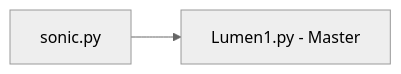
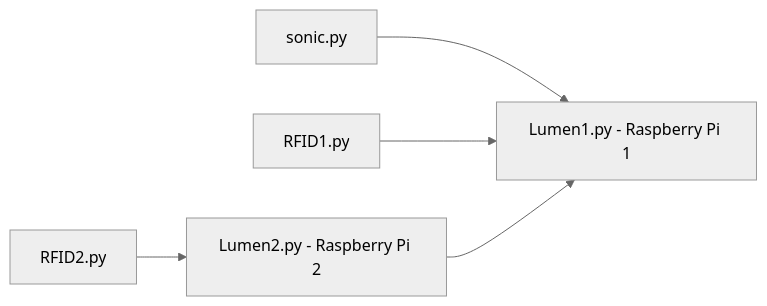
One commit to timsjt/EGL314_TEAMB changed the second of 2 diagrams in README.md. Above: the diagram before and after it, drawn with Mermaid (neutral theme). The commit also changed other lines of this file, not shown here.

````diff
--- a/README.md
+++ b/README.md
@@ -61,8 +64,11 @@
 ```mermaid
 graph LR
 
-B[sonic.py]-->A[Lumen1.py - Master]
+B[sonic.py]-->A[Lumen1.py - Raspberry Pi 1]
+C[RFID1.py]-->A[Lumen1.py - Raspberry Pi 1]
+D[Lumen2.py - Raspberry Pi 2]-->A[Lumen1.py - Raspberry Pi 1]
+E[RFID2.py] -->D[Lumen2.py - Raspberry Pi 2]
 
 
 
 ```
````
